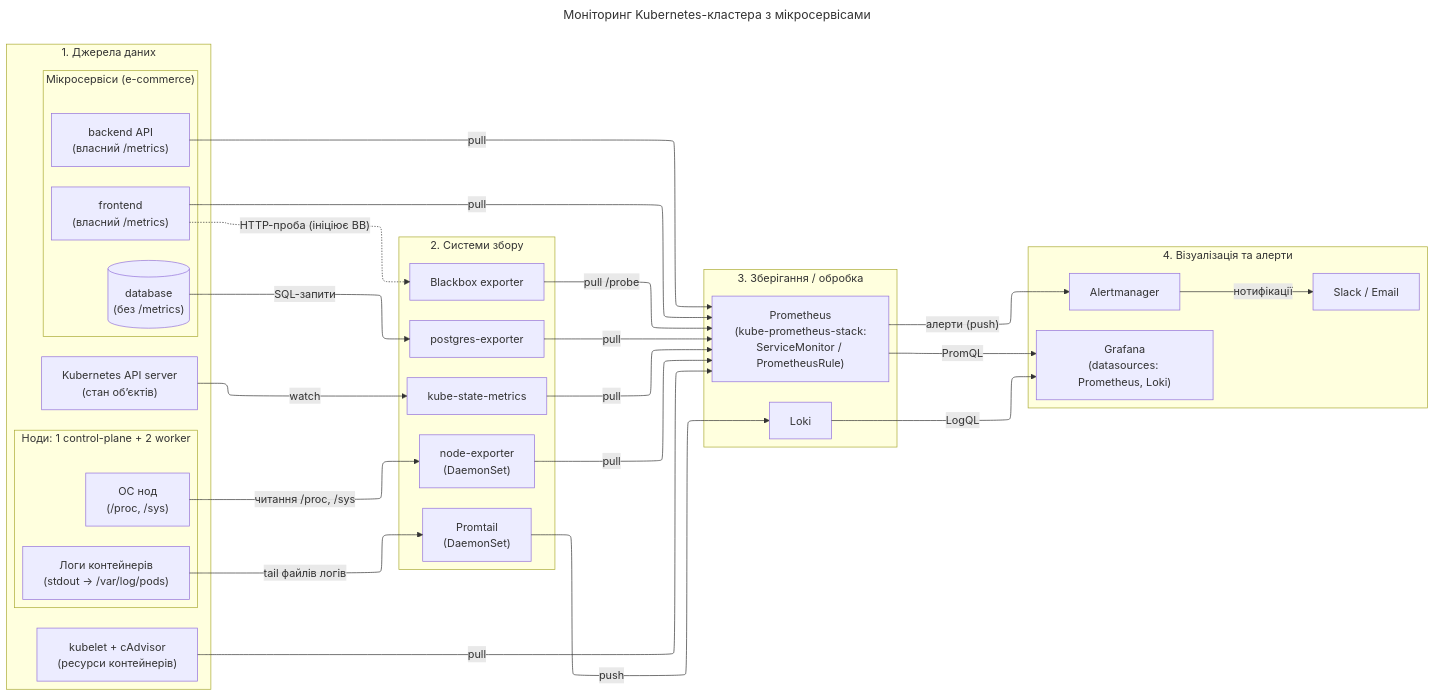
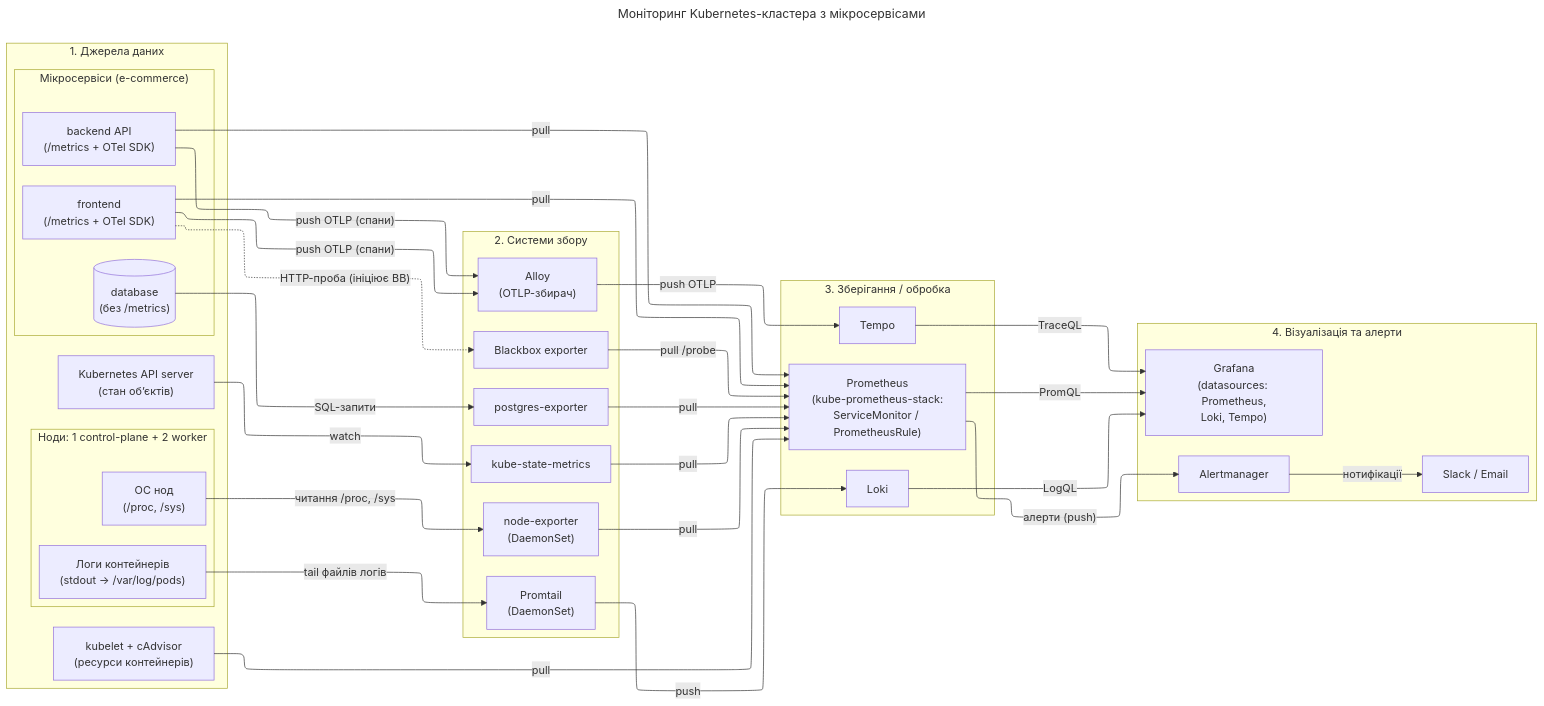
One commit to lishafaiev/prometheus-grafana-course changed the diagram in lessons/12-project-defense/architecture.mmd. Above: the diagram before and after it, drawn with Mermaid. The commit also changed 3 other files, not shown here.

Commit message:
Курсовий проєкт: трейси в діаграмі (Tempo + Alloy)

```diff
--- a/lessons/12-project-defense/architecture.mmd
+++ b/lessons/12-project-defense/architecture.mmd
@@ -1,68 +1,76 @@
 ---
 title: "Моніторинг Kubernetes-кластера з мікросервісами"
 config:
   layout: elk
   theme: default
 ---
 flowchart LR
   %% ── Шар 1. Джерела даних ─────────────────────────────
   subgraph SRC["1. Джерела даних"]
     subgraph APPS["Мікросервіси (e-commerce)"]
-      FE["frontend<br/>(власний /metrics)"]
-      BE["backend API<br/>(власний /metrics)"]
+      FE["frontend<br/>(/metrics + OTel SDK)"]
+      BE["backend API<br/>(/metrics + OTel SDK)"]
       DB[("database<br/>(без /metrics)")]
     end
     K8SAPI["Kubernetes API server<br/>(стан обʼєктів)"]
     KUBELET["kubelet + cAdvisor<br/>(ресурси контейнерів)"]
     subgraph NODES["Ноди: 1 control-plane + 2 worker"]
       OS["ОС нод<br/>(/proc, /sys)"]
       CLOGS["Логи контейнерів<br/>(stdout → /var/log/pods)"]
     end
   end
 
   %% ── Шар 2. Системи збору ─────────────────────────────
   subgraph COLLECT["2. Системи збору"]
     BB["Blackbox exporter"]
+    ALLOY["Alloy<br/>(OTLP-збирач)"]
     DBEXP["postgres-exporter"]
     KSM["kube-state-metrics"]
     NE["node-exporter<br/>(DaemonSet)"]
     PT["Promtail<br/>(DaemonSet)"]
   end
 
   %% ── Шар 3. Зберігання / обробка ──────────────────────
   subgraph STORE["3. Зберігання / обробка"]
     PROM["Prometheus<br/>(kube-prometheus-stack:<br/>ServiceMonitor / PrometheusRule)"]
     LOKI["Loki"]
+    TEMPO["Tempo"]
   end
 
   %% ── Шар 4. Візуалізація та алерти ────────────────────
   subgraph VIS["4. Візуалізація та алерти"]
     AM["Alertmanager"]
     NOTIF["Slack / Email"]
-    GRAF["Grafana<br/>(datasources: Prometheus, Loki)"]
+    GRAF["Grafana<br/>(datasources: Prometheus,<br/>Loki, Tempo)"]
   end
 
   %% Джерела → збір (порядок = порядок вузлів у колонках)
   FE -.->|"HTTP-проба (ініціює BB)"| BB
   DB -->|"SQL-запити"| DBEXP
   K8SAPI -->|"watch"| KSM
   OS -->|"читання /proc, /sys"| NE
   CLOGS -->|"tail файлів логів"| PT
 
   %% Збір → зберігання (метрики: pull, ініціює Prometheus)
   BB -->|"pull /probe"| PROM
   DBEXP -->|"pull"| PROM
   KSM -->|"pull"| PROM
   NE -->|"pull"| PROM
   FE -->|"pull"| PROM
   BE -->|"pull"| PROM
   KUBELET -->|"pull"| PROM
 
   %% Логи: push, ініціює Promtail
   PT -->|"push"| LOKI
 
+  %% Трейси: push OTLP, ініціюють застосунки (OTel SDK)
+  FE -->|"push OTLP (спани)"| ALLOY
+  BE -->|"push OTLP (спани)"| ALLOY
+  ALLOY -->|"push OTLP"| TEMPO
+
   %% Зберігання → візуалізація та алерти
   PROM -->|"алерти (push)"| AM
   AM -->|"нотифікації"| NOTIF
   PROM -->|"PromQL"| GRAF
   LOKI -->|"LogQL"| GRAF
+  TEMPO -->|"TraceQL"| GRAF
```
